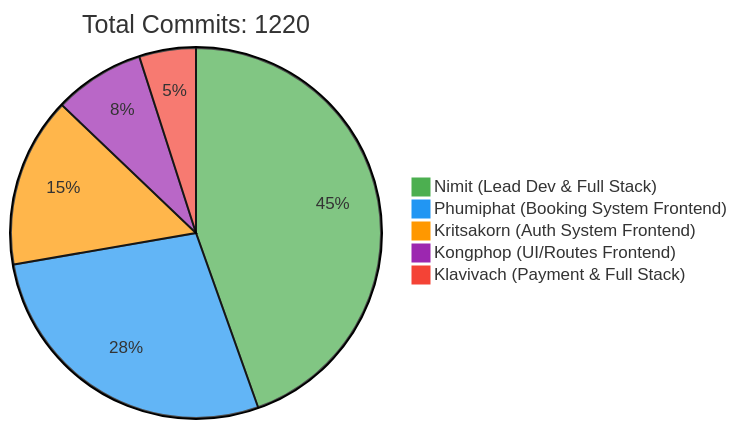
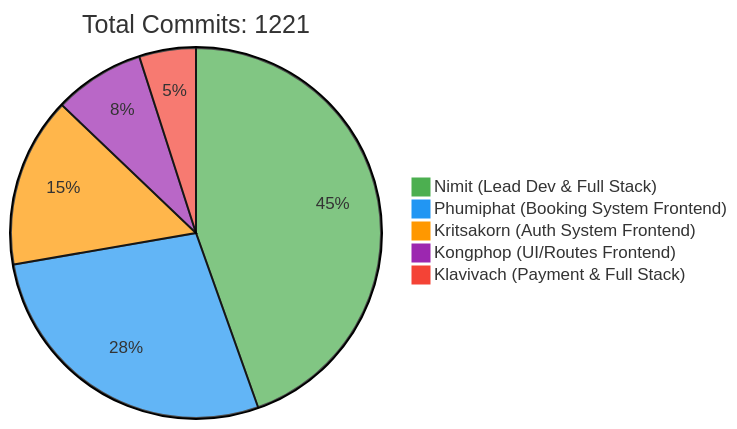
Before and after one commit to 6531503042/Sport-Complex: the first of 2 diagrams in README.md, drawn with Mermaid. The commit also changed other lines of this file, not shown here.

Commit message:
docs: Update contributor statistics [skip ci]

````diff
--- a/README.md
+++ b/README.md
@@ -257,10 +257,10 @@
 ```mermaid
 %%{init: {'theme': 'base', 'themeVariables': { 'pie1': '#4CAF50', 'pie2': '#2196F3', 'pie3': '#FF9800', 'pie4': '#9C27B0', 'pie5': '#F44336'}}}%%
 pie
-    title Total Commits: 1220
+    title Total Commits: 1221
     "Nimit (Lead Dev & Full Stack)" : 450
     "Phumiphat (Booking System Frontend)" : 280
     "Kritsakorn (Auth System Frontend)" : 150
     "Kongphop (UI/Routes Frontend)" : 80
     "Klavivach (Payment & Full Stack)" : 50
 ```
````
